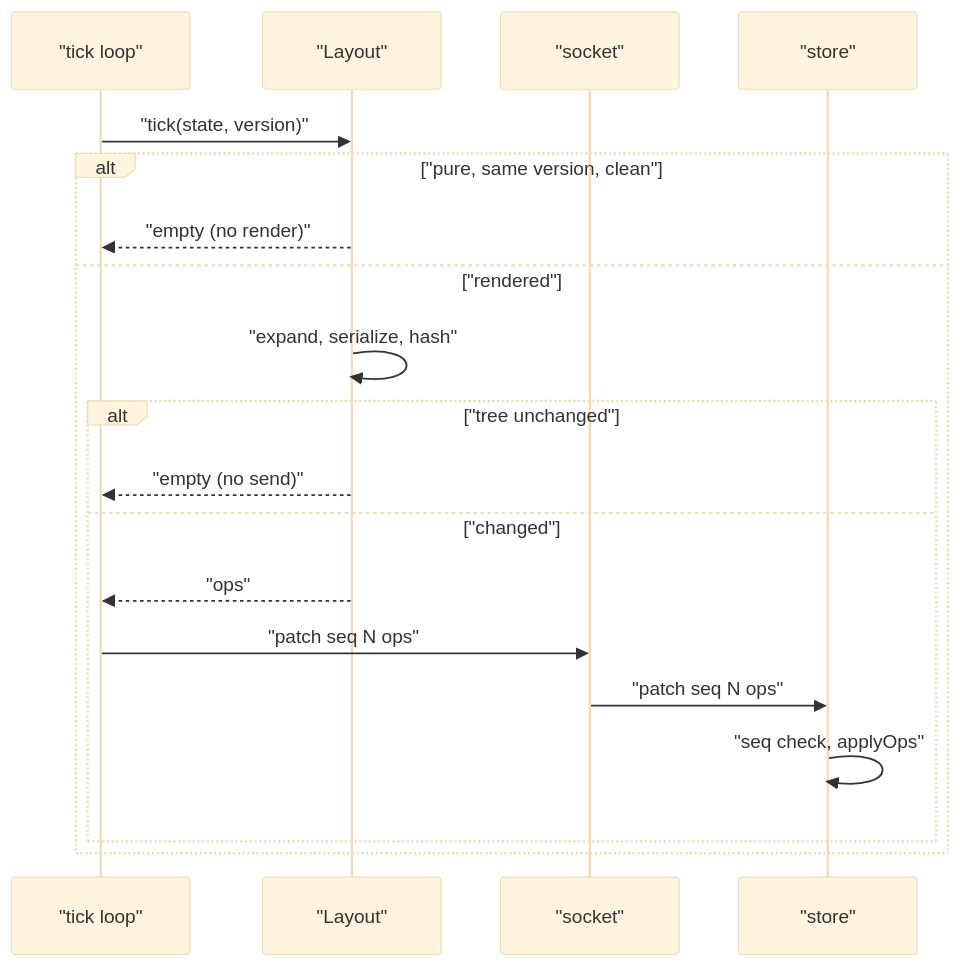
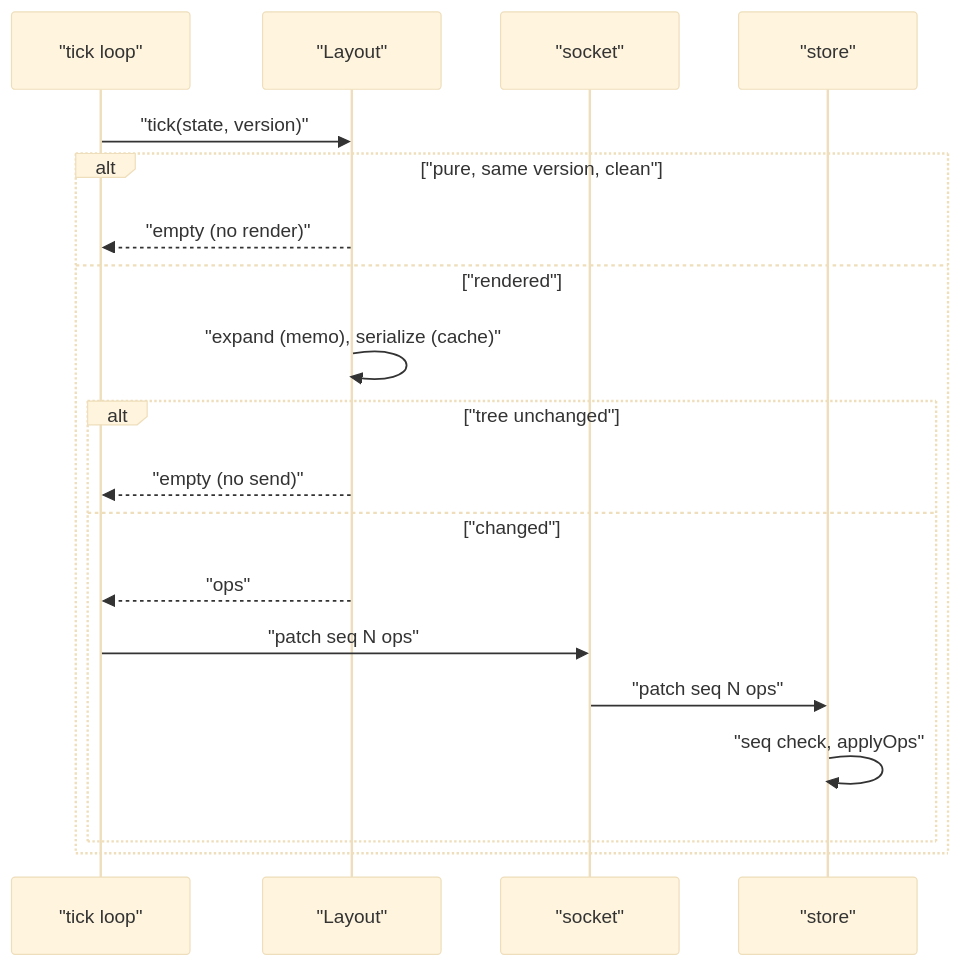
Before and after one commit to aaron-riact/flyrail: the second of 8 diagrams in docs/how-it-works.md, drawn with Mermaid (base theme). The commit also changed other lines of this file and 1 other file, not shown here.

````diff
--- a/docs/how-it-works.md
+++ b/docs/how-it-works.md
@@ -41,21 +41,21 @@
 ```mermaid
 sequenceDiagram
     participant T as "tick loop"
     participant L as "Layout"
     participant S as "socket"
     participant C as "store"
     T->>L: "tick(state, version)"
     alt "pure, same version, clean"
         L-->>T: "empty (no render)"
     else "rendered"
-        L->>L: "expand, serialize, hash"
+        L->>L: "expand (memo), serialize (cache)"
         alt "tree unchanged"
             L-->>T: "empty (no send)"
         else "changed"
             L-->>T: "ops"
             T->>S: "patch seq N ops"
             S->>C: "patch seq N ops"
             C->>C: "seq check, applyOps"
         end
     end
 ```
````
